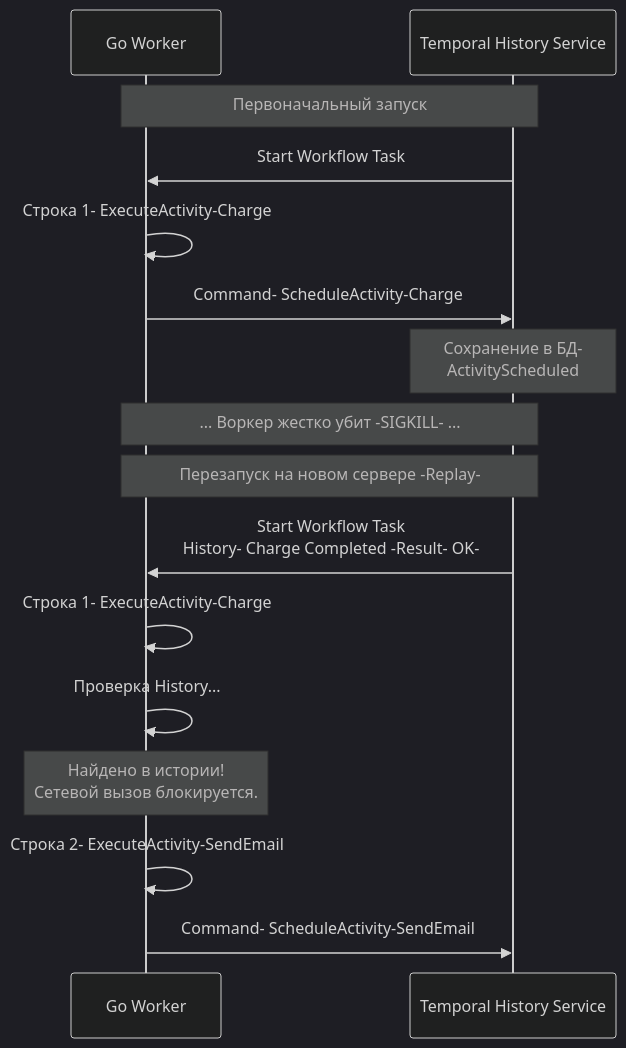
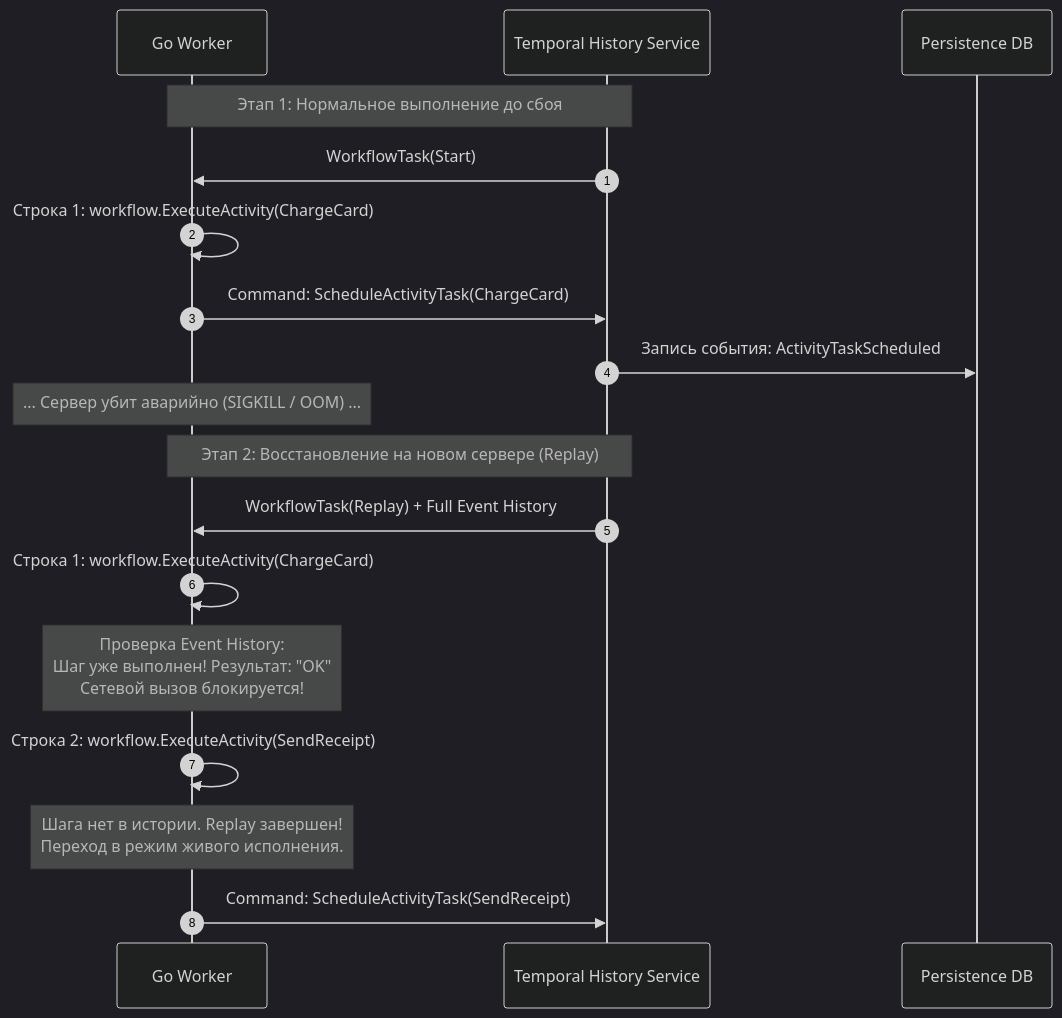
One commit to UnrealTemplier/go-textbook changed the second of 2 diagrams in sources/13. Очереди, брокеры сообщений и оркестраторы/06. Оркестрация процессов/3. Durable execution.md. Above: the diagram before and after it, drawn with Mermaid (dark theme). The commit also changed other lines of this file, not shown here.

````diff
--- a/sources/13. Очереди, брокеры сообщений и оркестраторы/06. Оркестрация процессов/3. Durable execution.md
+++ b/sources/13. Очереди, брокеры сообщений и оркестраторы/06. Оркестрация процессов/3. Durable execution.md
@@ -27,21 +58,22 @@
 ```mermaid
 sequenceDiagram
+    autonumber
     participant W as Go Worker
-    participant S as Temporal History Service
-    
-    Note over W,S: Первоначальный запуск
-    S->>W: Start Workflow Task
-    W->>W: Строка 1- ExecuteActivity-Charge
-    W->>S: Command- ScheduleActivity-Charge
-    Note over S: Сохранение в БД-<br>ActivityScheduled
-    
-    Note over W,S: ... Воркер жестко убит -SIGKILL- ...
-    Note over W,S: Перезапуск на новом сервере -Replay-
-    
-    S->>W: Start Workflow Task<br>History- Charge Completed -Result- OK-
-    W->>W: Строка 1- ExecuteActivity-Charge
-    W->>W: Проверка History...
-    Note over W: Найдено в истории!<br>Сетевой вызов блокируется.
-    W->>W: Строка 2- ExecuteActivity-SendEmail
-    W->>S: Command- ScheduleActivity-SendEmail
+    participant H as Temporal History Service
+    participant DB as Persistence DB
+
+    Note over W,H: Этап 1: Нормальное выполнение до сбоя
+    H->>W: WorkflowTask(Start)
+    W->>W: Строка 1: workflow.ExecuteActivity(ChargeCard)
+    W->>H: Command: ScheduleActivityTask(ChargeCard)
+    H->>DB: Запись события: ActivityTaskScheduled
+    Note over W: ... Сервер убит аварийно (SIGKILL / OOM) ...
+
+    Note over W,H: Этап 2: Восстановление на новом сервере (Replay)
+    H->>W: WorkflowTask(Replay) + Full Event History
+    W->>W: Строка 1: workflow.ExecuteActivity(ChargeCard)
+    Note over W: Проверка Event History:<br>Шаг уже выполнен! Результат: "OK"<br>Сетевой вызов блокируется!
+    W->>W: Строка 2: workflow.ExecuteActivity(SendReceipt)
+    Note over W: Шага нет в истории. Replay завершен!<br>Переход в режим живого исполнения.
+    W->>H: Command: ScheduleActivityTask(SendReceipt)
 ```
````
